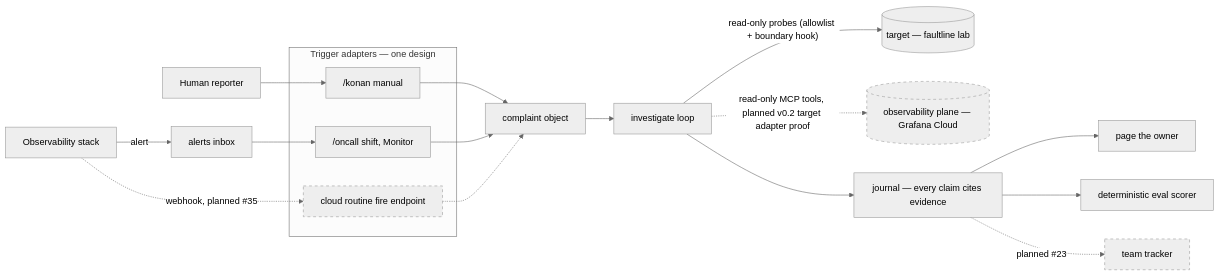
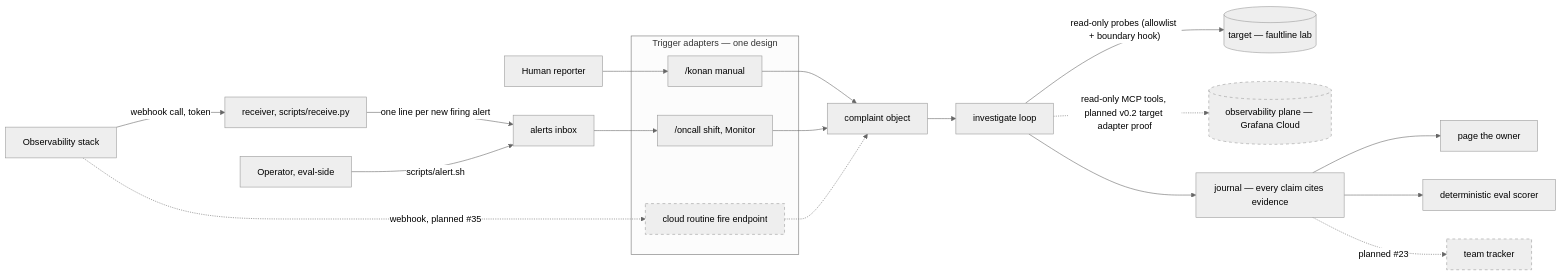
The first of 3 diagrams in docs/architecture.md (lyudmylan/konan), drawn with Mermaid (neutral theme) before and after one commit. The commit also changed other lines of this file and 10 other files, not shown here.

First line of the commit message:
Add the receiver of the Alertmanager webhook

````diff
--- a/docs/architecture.md
+++ b/docs/architecture.md
@@ -16,29 +16,31 @@
 ```mermaid
 flowchart LR
   human[Human reporter] --> konancmd
-  stack[Observability stack] -->|alert| inbox[alerts inbox]
+  stack[Observability stack] -->|webhook call, token| recv["receiver, scripts/receive.py"]
+  recv -->|one line per new firing alert| inbox[alerts inbox]
+  evalside[Operator, eval-side] -->|scripts/alert.sh| inbox
   stack -.->|webhook, planned #35| fire
 
   subgraph adapters[Trigger adapters — one design]
     konancmd["/konan manual"]
     shift["/oncall shift, Monitor"]
     fire["cloud routine fire endpoint"]
   end
   inbox --> shift
 
   konancmd --> c[complaint object]
   shift --> c
   fire -.-> c
 
   c --> loop[investigate loop]
   loop -->|"read-only probes (allowlist + boundary hook)"| target[("target — faultline lab")]
   loop -.->|"read-only MCP tools, planned v0.2 target adapter proof"| obs[("observability plane — Grafana Cloud")]
   loop --> journal[journal — every claim cites evidence]
 
   journal --> page[page the owner]
   journal --> scorer[deterministic eval scorer]
   journal -.->|planned #23| tracker[team tracker]
 
   classDef planned stroke-dasharray: 5 5
   class fire,tracker,obs planned
 ```
````
